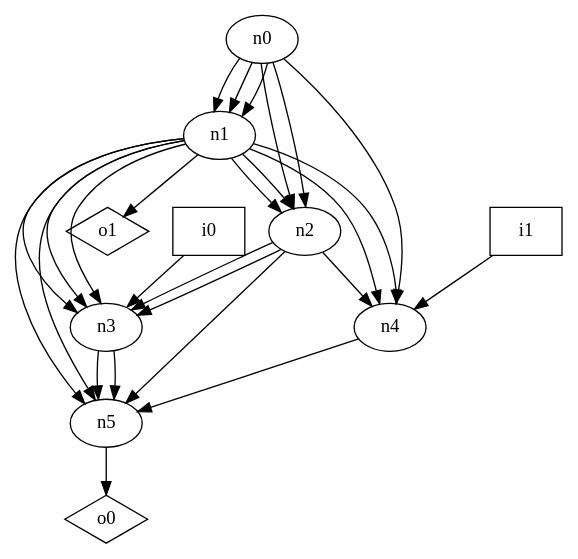
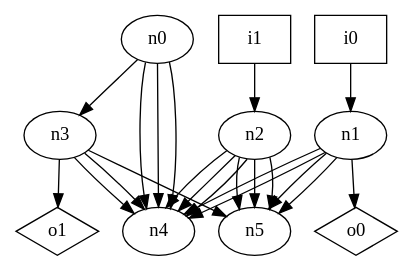
The diagram in dot_files/random/random_DAG_loop_free_graph.dot (p9romain/bool-circuits), drawn with Graphviz before and after one commit. The commit also changed 31 other files, not shown here.

```diff
--- a/dot_files/random/random_DAG_loop_free_graph.dot
+++ b/dot_files/random/random_DAG_loop_free_graph.dot
@@ -1,38 +1,33 @@
 digraph G {
 n0 [label="n0"];
 n1 [label="n1"];
 n2 [label="n2"];
 n3 [label="n3"];
 n4 [label="n4"];
 n5 [label="n5"];
 n6 [label="i0",shape="box"];
 n7 [label="i1",shape="box"];
 n8 [label="o0",shape="diamond"];
 n9 [label="o1",shape="diamond"];
-n0 -> n1
-n0 -> n1
-n0 -> n1
-n0 -> n2
-n0 -> n2
+n0 -> n3
 n0 -> n4
-n1 -> n2
-n1 -> n2
-n1 -> n3
-n1 -> n3
-n1 -> n3
+n0 -> n4
+n0 -> n4
 n1 -> n4
 n1 -> n4
 n1 -> n5
 n1 -> n5
-n1 -> n9
-n2 -> n3
-n2 -> n3
+n1 -> n8
+n2 -> n4
+n2 -> n4
 n2 -> n4
 n2 -> n5
+n2 -> n5
+n2 -> n5
+n3 -> n4
+n3 -> n4
 n3 -> n5
-n3 -> n5
-n4 -> n5
-n5 -> n8
-n6 -> n3
-n7 -> n4
+n3 -> n9
+n6 -> n1
+n7 -> n2
 }
```
